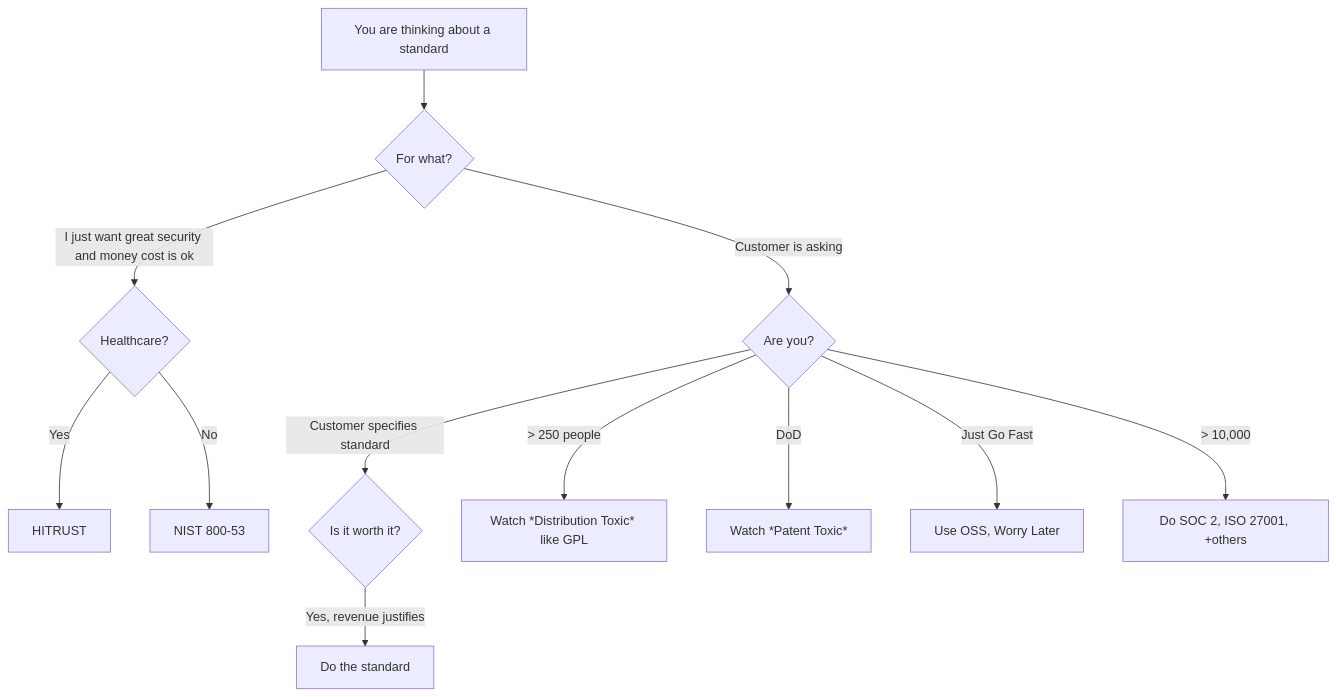
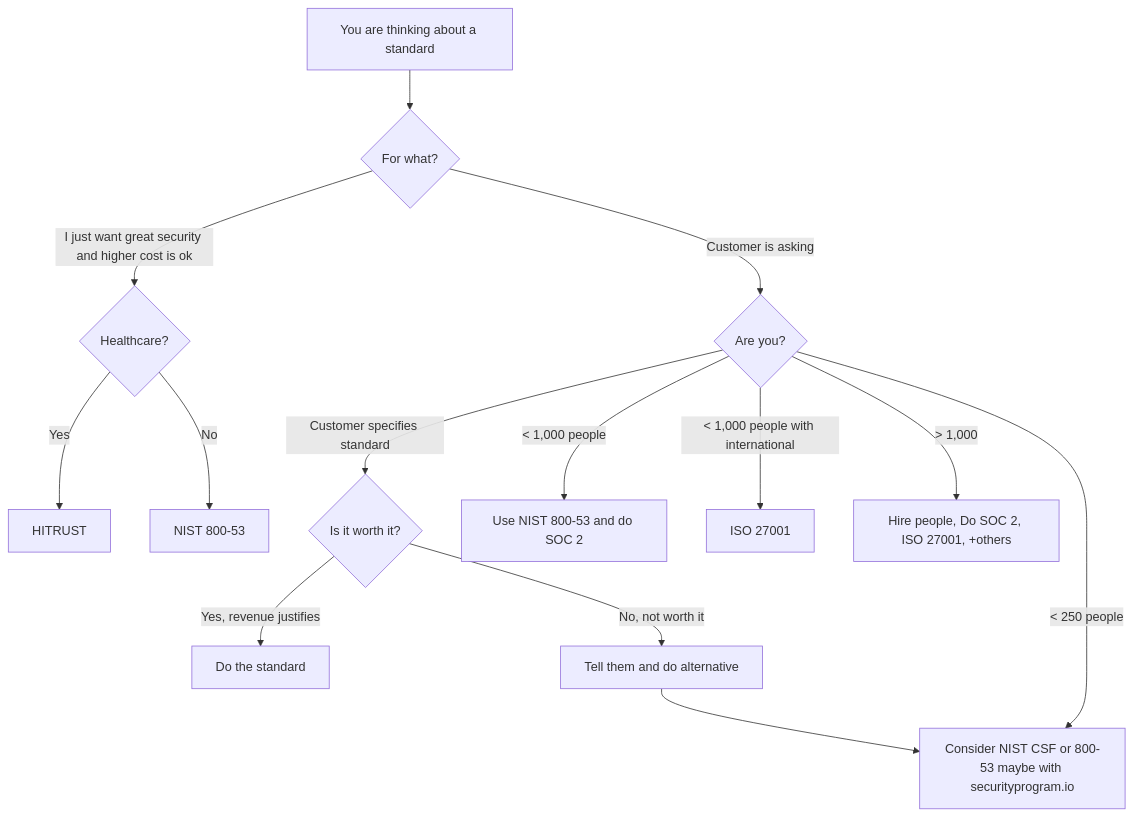
Before and after one commit to Jemurai/diagrams: the first of 2 diagrams in standards.md, drawn with Mermaid.

Commit message:
Fix first standards diagram

````diff
--- a/standards.md
+++ b/standards.md
@@ -9,14 +9,16 @@
 ```mermaid
 flowchart TD
     A[You are thinking about a standard] --> B{For what?};
     B -- Customer is asking --> C{Are you?};
-    B -- I just want great security and money cost is ok --> D{Healthcare?};
+    B -- I just want great security and higher cost is ok --> D{Healthcare?};
     D -- Yes --> E[HITRUST];
     D -- No --> F[NIST 800-53];
     C -- Customer specifies standard --> G{Is it worth it?};
     G -- Yes, revenue justifies --> H[Do the standard];
-    C -- > 250 people --> I[Watch *Distribution Toxic* like GPL];
-    C -- DoD --> J[Watch *Patent Toxic*];
-    C -- Just Go Fast --> K[Use OSS, Worry Later];
-    C -- > 10,000 --> L[Do SOC 2, ISO 27001, +others]
+    G -- No, not worth it --> M[Tell them and do alternative];
+    M --> I;
+    C -- < 250 people --> I[Consider NIST CSF or 800-53 maybe with securityprogram.io];
+    C -- < 1,000 people --> J[Use NIST 800-53 and do SOC 2];
+    C -- < 1,000 people with international --> K[ISO 27001];
+    C -- > 1,000 --> L[Hire people, Do SOC 2, ISO 27001, +others]
 ```
````
